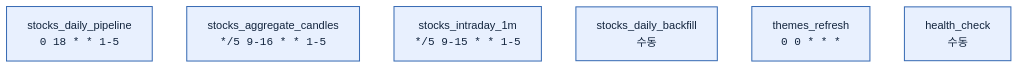
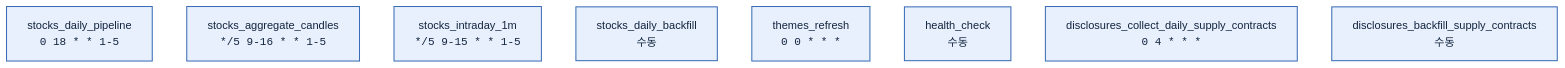
The first of 2 diagrams in dags/README.md (swmaestro-3back/finngraph-etl), drawn with Mermaid before and after one commit. The commit also changed other lines of this file and 3 other files, not shown here.

````diff
--- a/dags/README.md
+++ b/dags/README.md
@@ -44,12 +47,14 @@
 ```mermaid
 flowchart TB
     SDP["stocks_daily_pipeline<br/><code>0 18 * * 1-5</code>"]
     SAC["stocks_aggregate_candles<br/><code>*/5 9-16 * * 1-5</code>"]
     SI1["stocks_intraday_1m<br/><code>*/5 9-15 * * 1-5</code>"]
     SDB["stocks_daily_backfill<br/>수동"]
     TR["themes_refresh<br/><code>0 0 * * *</code>"]
     HC["health_check<br/>수동"]
+    DCD["disclosures_collect_daily_supply_contracts<br/><code>0 4 * * *</code>"]
+    DBF["disclosures_backfill_supply_contracts<br/>수동"]
 
     classDef cron fill:#e8f0fe,stroke:#3b6db5,stroke-width:1.5px,color:#12243d
-    class SDP,SAC,SI1,SDB,TR,HC cron
+    class SDP,SAC,SI1,SDB,TR,HC,DCD,DBF cron
 ```
````
